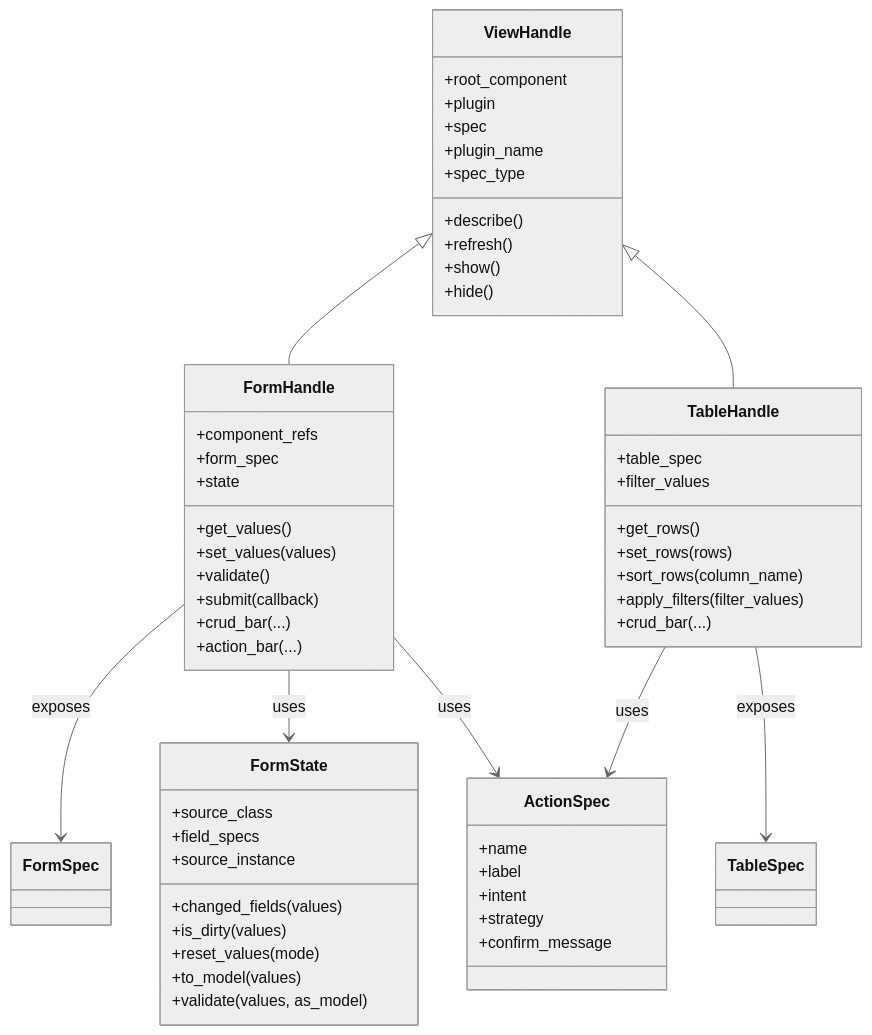
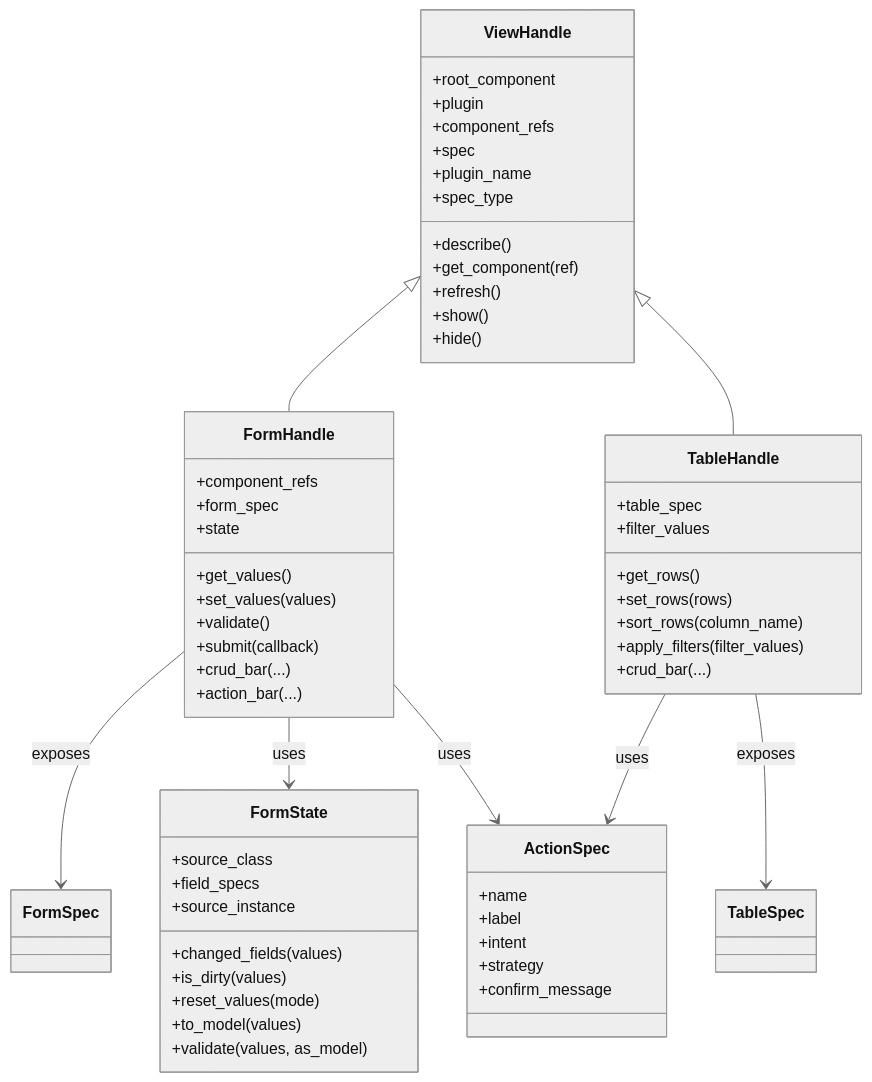
One commit to onclefranck/nicegui-builder changed the fourth of 4 diagrams in docs/architecture.md. Above: the diagram before and after it, drawn with Mermaid (neutral theme). The commit also changed other lines of this file and 13 other files, not shown here.

Commit message:
feat: add component refs support

````diff
--- a/docs/architecture.md
+++ b/docs/architecture.md
@@ -249,66 +250,68 @@
 ```mermaid
 classDiagram
     class ViewHandle {
         +root_component
         +plugin
+        +component_refs
         +spec
         +plugin_name
         +spec_type
         +describe()
+        +get_component(ref)
         +refresh()
         +show()
         +hide()
     }
 
     class FormState {
         +source_class
         +field_specs
         +source_instance
         +changed_fields(values)
         +is_dirty(values)
         +reset_values(mode)
         +to_model(values)
         +validate(values, as_model)
     }
 
     class FormHandle {
         +component_refs
         +form_spec
         +state
         +get_values()
         +set_values(values)
         +validate()
         +submit(callback)
         +crud_bar(...)
         +action_bar(...)
     }
 
     class TableHandle {
         +table_spec
         +filter_values
         +get_rows()
         +set_rows(rows)
         +sort_rows(column_name)
         +apply_filters(filter_values)
         +crud_bar(...)
     }
 
     class ActionSpec {
         +name
         +label
         +intent
         +strategy
         +confirm_message
     }
 
     class FormSpec
     class TableSpec
 
     ViewHandle <|-- FormHandle
     ViewHandle <|-- TableHandle
     FormHandle --> FormSpec : exposes
     FormHandle --> FormState : uses
     FormHandle --> ActionSpec : uses
     TableHandle --> TableSpec : exposes
     TableHandle --> ActionSpec : uses
 ```
````
